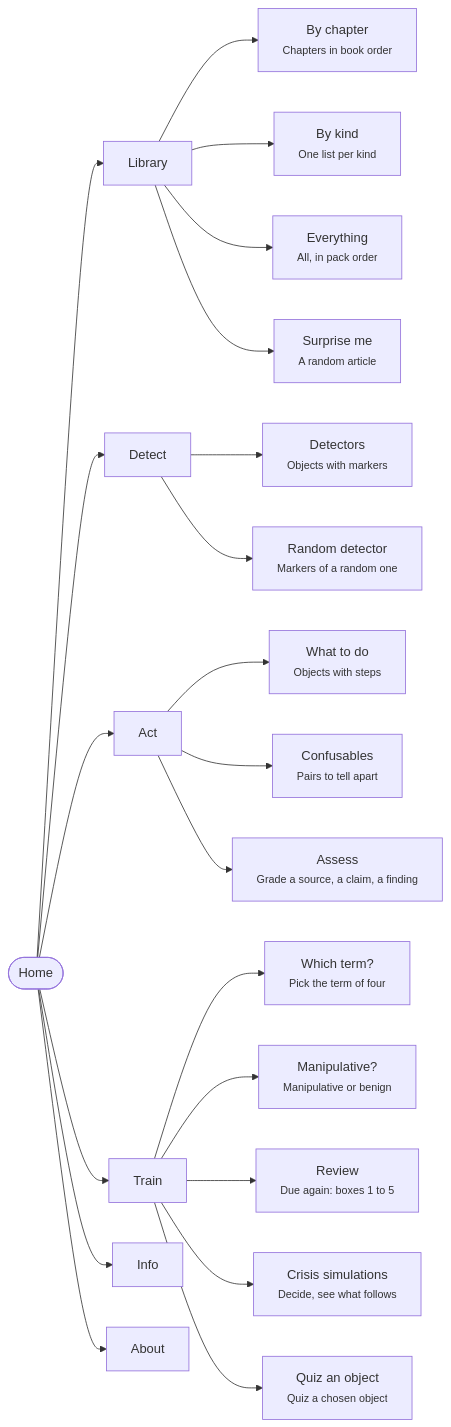
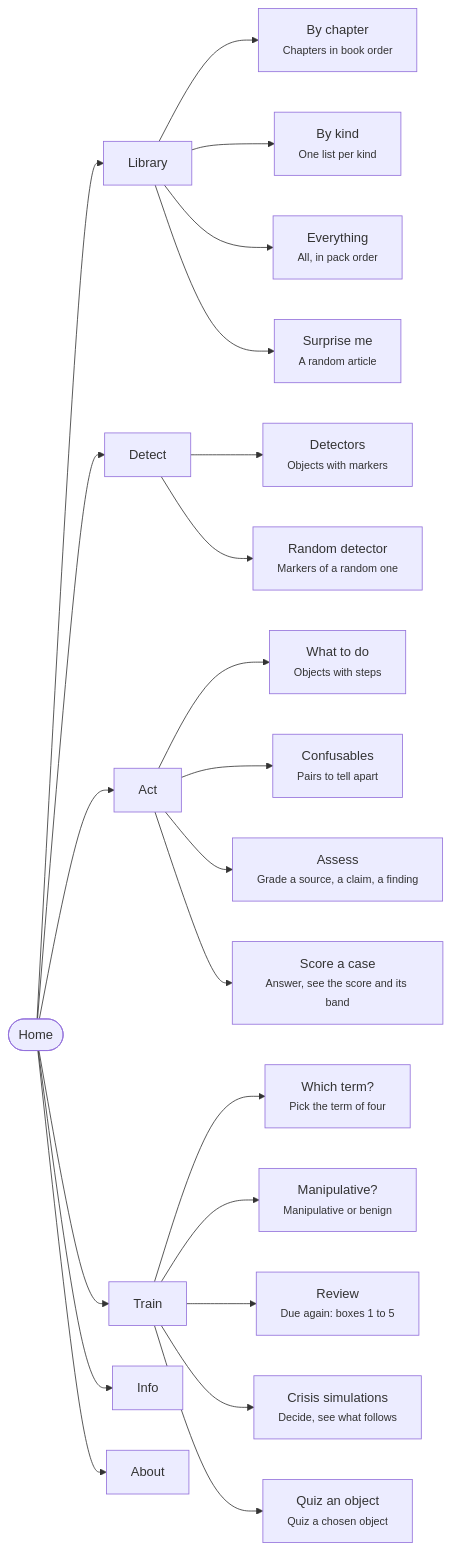
The first of 3 diagrams in README.md (korczis/prismatic-flipperzero), drawn with Mermaid before and after one commit. The commit also changed other lines of this file and 41 other files, not shown here.

````diff
--- a/README.md
+++ b/README.md
@@ -151,24 +154,25 @@
 ```mermaid
 flowchart LR
   home(["Home"])
   home --> h0["Library"]
   h0 --> h0e0["By chapter<br/><small>Chapters in book order</small>"]
   h0 --> h0e1["By kind<br/><small>One list per kind</small>"]
   h0 --> h0e2["Everything<br/><small>All, in pack order</small>"]
   h0 --> h0e3["Surprise me<br/><small>A random article</small>"]
   home --> h1["Detect"]
   h1 --> h1e0["Detectors<br/><small>Objects with markers</small>"]
   h1 --> h1e1["Random detector<br/><small>Markers of a random one</small>"]
   home --> h2["Act"]
   h2 --> h2e0["What to do<br/><small>Objects with steps</small>"]
   h2 --> h2e1["Confusables<br/><small>Pairs to tell apart</small>"]
   h2 --> h2e2["Assess<br/><small>Grade a source, a claim, a finding</small>"]
+  h2 --> h2e3["Score a case<br/><small>Answer, see the score and its band</small>"]
   home --> h3["Train"]
   h3 --> h3e0["Which term?<br/><small>Pick the term of four</small>"]
   h3 --> h3e1["Manipulative?<br/><small>Manipulative or benign</small>"]
   h3 --> h3e2["Review<br/><small>Due again: boxes 1 to 5</small>"]
   h3 --> h3e3["Crisis simulations<br/><small>Decide, see what follows</small>"]
   h3 --> h3e4["Quiz an object<br/><small>Quiz a chosen object</small>"]
   home --> t0["Info"]
   home --> t1["About"]
 ```
````
